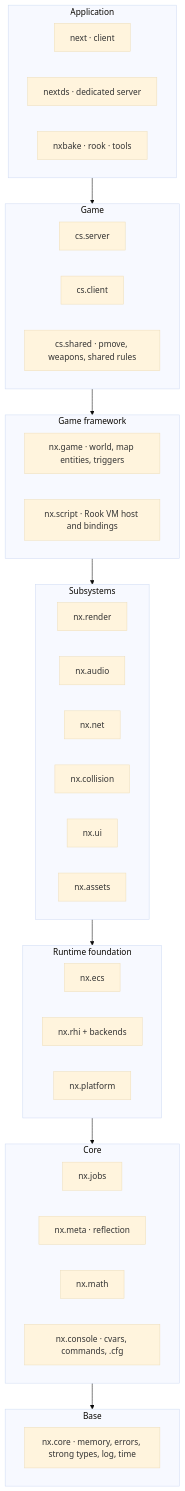
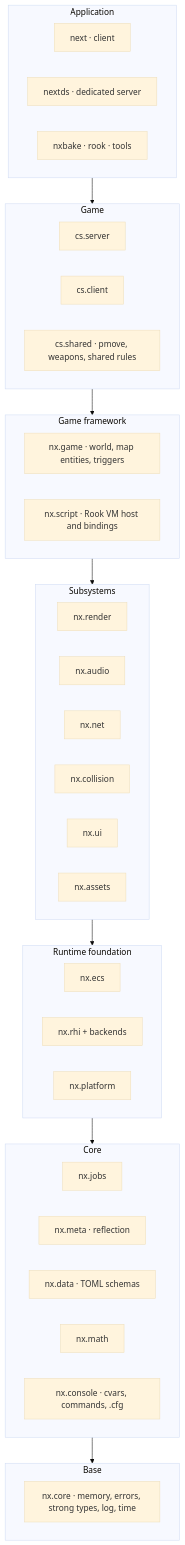
The first of 4 diagrams in docs/01-architecture.md (BRUN0R2/modern-client.v2), drawn with Mermaid (base theme) before and after one commit. The commit also changed other lines of this file and 18 other files, not shown here.

First line of the commit message:
feat(data): read TOML files into described structs (nx.data)

````diff
--- a/docs/01-architecture.md
+++ b/docs/01-architecture.md
@@ -9,40 +9,41 @@
 ```mermaid
 flowchart TB
     subgraph L6[Application]
         APP_C[next · client]
         APP_S[nextds · dedicated server]
         TOOLS[nxbake · rook · tools]
     end
     subgraph L5[Game]
         CS_SV[cs.server]
         CS_CL[cs.client]
         CS_SH[cs.shared · pmove, weapons, shared rules]
     end
     subgraph L4[Game framework]
         GAME[nx.game · world, map entities, triggers]
         SCRIPT[nx.script · Rook VM host and bindings]
     end
     subgraph L3[Subsystems]
         RENDER[nx.render]
         AUDIO[nx.audio]
         NET[nx.net]
         COLL[nx.collision]
         UI[nx.ui]
         ASSETS[nx.assets]
     end
     subgraph L2[Runtime foundation]
         ECS[nx.ecs]
         RHI[nx.rhi + backends]
         PLAT[nx.platform]
     end
     subgraph L1[Core]
         JOBS[nx.jobs]
         META[nx.meta · reflection]
+        DATA[nx.data · TOML schemas]
         MATH[nx.math]
         CONSOLE[nx.console · cvars, commands, .cfg]
     end
     subgraph L0[Base]
         CORE[nx.core · memory, errors, strong types, log, time]
     end
     L6 --> L5 --> L4 --> L3 --> L2 --> L1 --> L0
 ```
````
